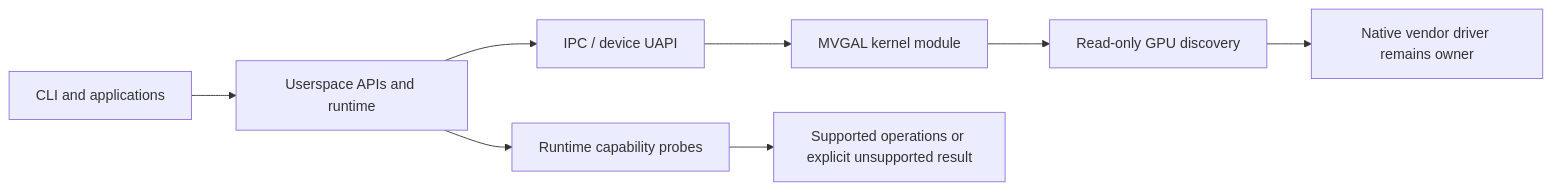
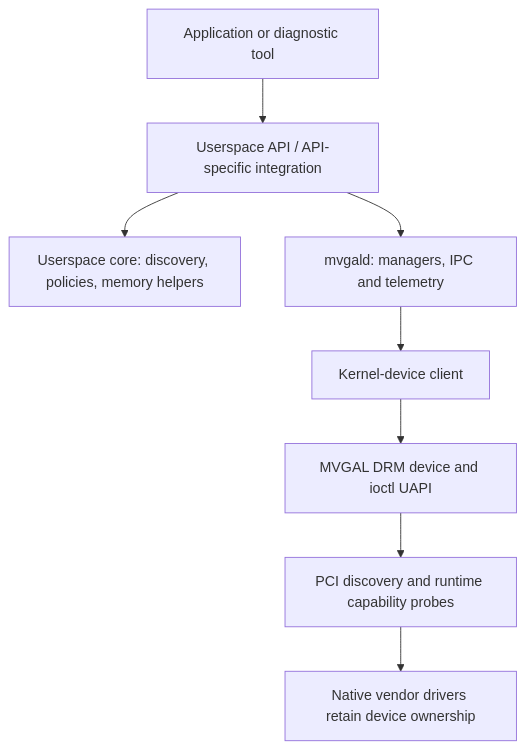
Before and after one commit to TheCreateGM/mvgal-docs: the diagram in docs/ARCHITECTURE.md, drawn with Mermaid. The commit also changed other lines of this file and 60 other files, not shown here.

````diff
--- a/docs/ARCHITECTURE.md
+++ b/docs/ARCHITECTURE.md
@@ -36,10 +32,10 @@
 ```mermaid
-flowchart LR
-    CLI[CLI and applications] --> US[Userspace APIs and runtime]
-    US --> IPC[IPC / device UAPI]
-    IPC --> K[MVGAL kernel module]
-    K --> PCI[Read-only GPU discovery]
-    PCI --> N[Native vendor driver remains owner]
-    US --> Probe[Runtime capability probes]
-    Probe --> Decision[Supported operations or explicit unsupported result]
+flowchart TD
+    App[Application or diagnostic tool] --> API[Userspace API / API-specific integration]
+    API --> Core[Userspace core: discovery, policies, memory helpers]
+    API --> Daemon[mvgald: managers, IPC and telemetry]
+    Daemon --> Client[Kernel-device client]
+    Client --> UAPI[MVGAL DRM device and ioctl UAPI]
+    UAPI --> Probe[PCI discovery and runtime capability probes]
+    Probe --> Drivers[Native vendor drivers retain device ownership]
 ```
````
